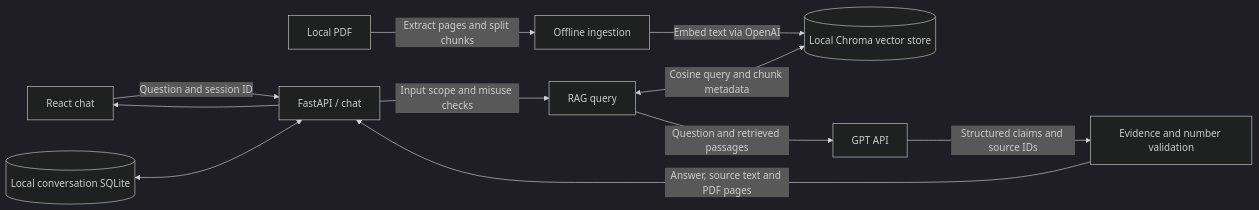
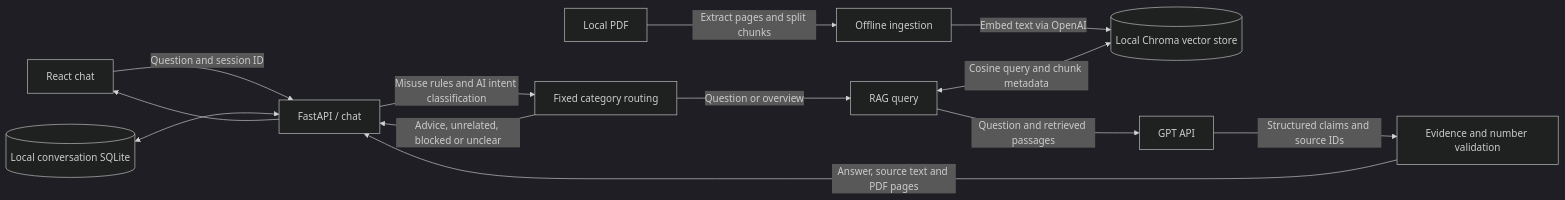
The diagram in README.md (zihanzhao94/insure-tutor), drawn with Mermaid (dark theme) before and after one commit. The commit also changed other lines of this file and 17 other files, not shown here.

Commit message:
feat: classify question intent before RAG retrieval

````diff
--- a/README.md
+++ b/README.md
@@ -94,13 +94,15 @@
 ```mermaid
 flowchart LR
     PDF[Local PDF] -->|Extract pages and split chunks| Ingest[Offline ingestion]
     Ingest -->|Embed text via OpenAI| Store[(Local Chroma vector store)]
     UI[React chat] -->|Question and session ID| API[FastAPI / chat]
-    API -->|Input scope and misuse checks| RAG[RAG query]
+    API -->|Misuse rules and AI intent classification| Intent[Fixed category routing]
+    Intent -->|Question or overview| RAG[RAG query]
+    Intent -->|Advice, unrelated, blocked or unclear| API
     History[(Local conversation SQLite)] <--> API
     RAG <-->|Cosine query and chunk metadata| Store
     RAG -->|Question and retrieved passages| GPT[GPT API]
     GPT -->|Structured claims and source IDs| Check[Evidence and number validation]
     Check -->|Answer, source text and PDF pages| API
     API --> UI
 ```
````
